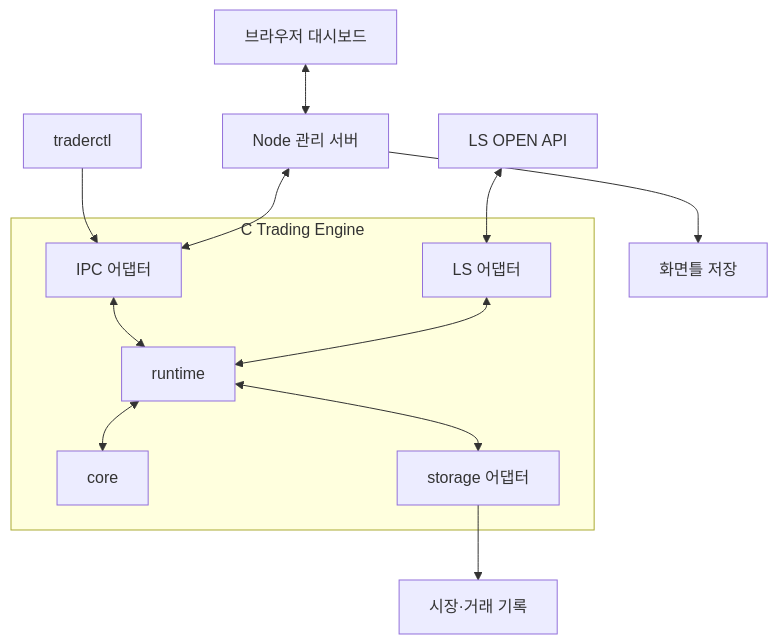
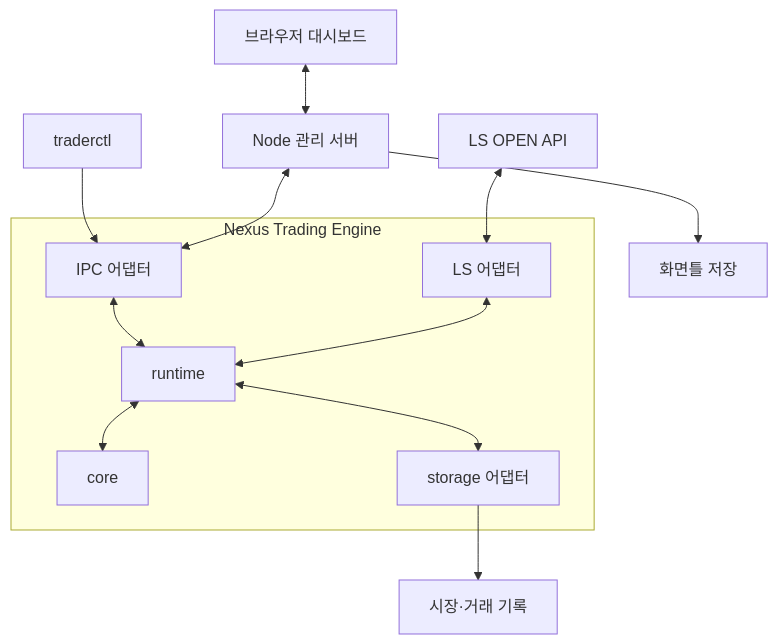
Before and after one commit to shawnl33/nexus: the diagram in C_TRADING_MASTER_PLAN.md, drawn with Mermaid. The commit also changed 7 other files, not shown here.

Commit message:
표시 이름을 Nexus Trading Engine으로 바꾼다

````diff
--- a/C_TRADING_MASTER_PLAN.md
+++ b/C_TRADING_MASTER_PLAN.md
@@ -77,15 +77,15 @@
 ```mermaid
 flowchart TB
     CLI["traderctl"] --> IPC
     WEB["브라우저 대시보드"] <--> NODE["Node 관리 서버"]
     NODE <--> IPC
     NODE --> WS["화면틀 저장"]
-    subgraph ENGINE["C Trading Engine"]
+    subgraph ENGINE["Nexus Trading Engine"]
         IPC["IPC 어댑터"] <--> RUN["runtime"]
         BROKER["LS 어댑터"] <--> RUN
         RUN <--> CORE["core"]
         RUN <--> STORE["storage 어댑터"]
     end
     LS["LS OPEN API"] <--> BROKER
     STORE --> DB["시장·거래 기록"]
 ```
````
